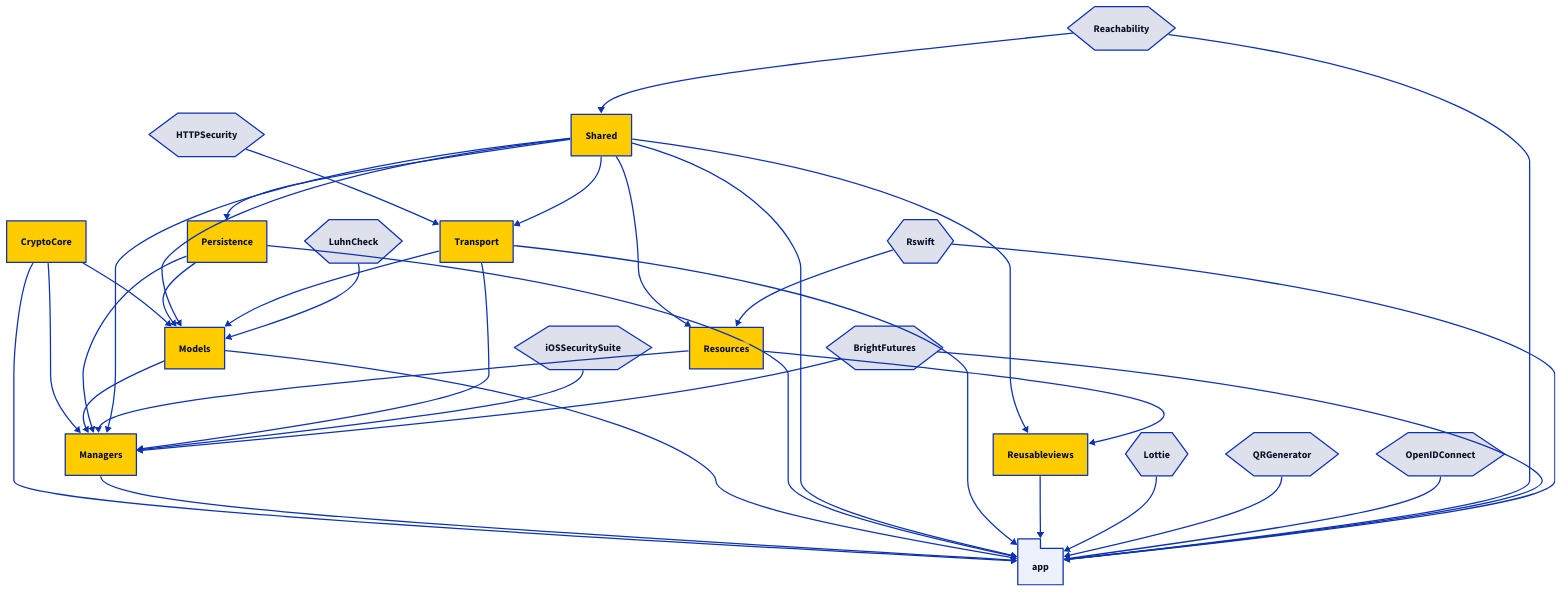
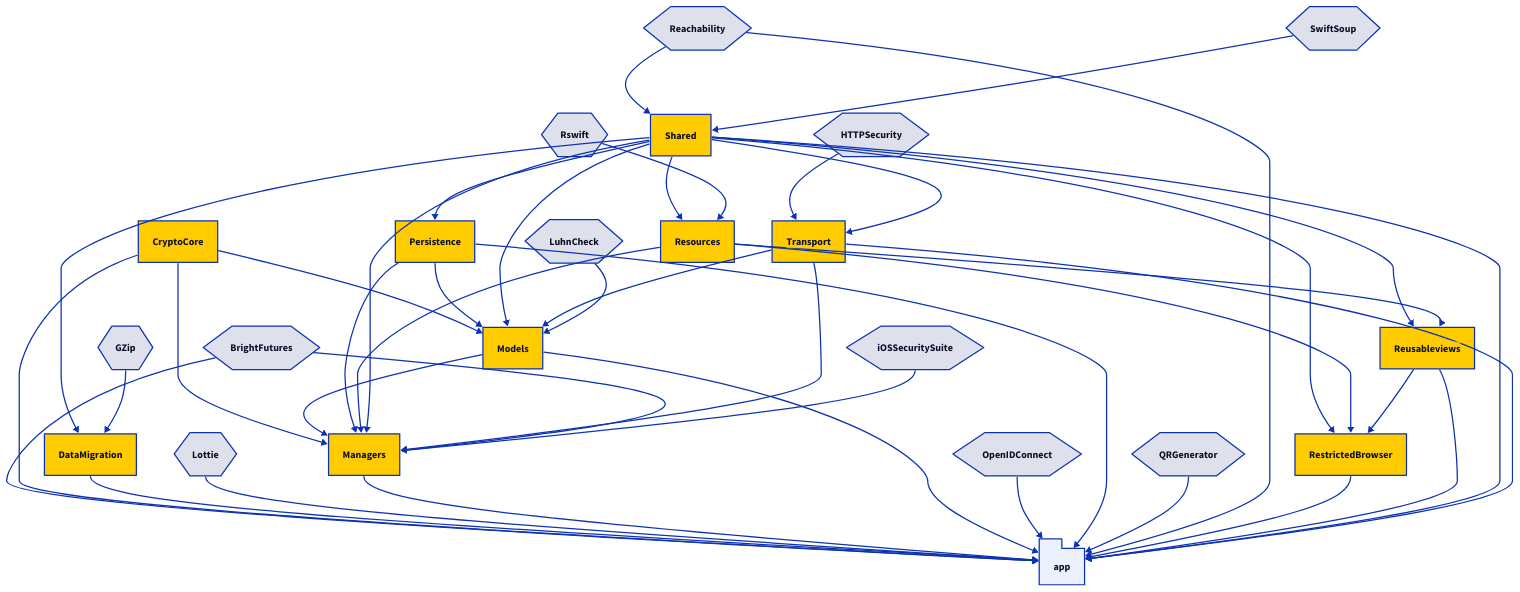
One commit to minvws/nl-covid19-coronacheck-app-ios changed the diagram in Diagrams/packages-withouttests.d2. Above: the diagram before and after it, drawn with D2. The commit also changed 2 other files, not shown here.

Commit message:
Updated Dependency Graph

```diff
--- a/Diagrams/packages-withouttests.d2
+++ b/Diagrams/packages-withouttests.d2
@@ -1,86 +1,106 @@
 direction: down
 
 # Third-Party
 Rswift: {
   shape: hexagon
 }
 Reachability: {
   shape: hexagon
 }
 BrightFutures: {
   shape: hexagon
 }
 HTTPSecurity: {
   shape: hexagon
 }
 LuhnCheck: {
   shape: hexagon
 }
 iOSSecuritySuite: {
   shape: hexagon
 }
 Lottie: {
   shape: hexagon
 }
 QRGenerator: {
   shape: hexagon
 }
 OpenIDConnect: {
   shape: hexagon
 }
+SwiftSoup: {
+  shape: hexagon
+}
+GZip: {
+  shape: hexagon
+}
+
+# The application
 
 app: {
   shape: package
 }
+
+app <- BrightFutures
 app <- CryptoCore
+app <- DataMigration
+app <- Lottie
 app <- Managers
 app <- Models
+app <- OpenIDConnect
 app <- Persistence
+app <- QRGenerator
+app <- Reachability
+app <- RestrictedBrowser
+app <- Reusableviews
 app <- Shared
 app <- Transport
-app <- Reusableviews
-app <- Lottie
-app <- QRGenerator
-app <- OpenIDConnect
-app <- Reachability
-app <- BrightFutures
-app <- Rswift
 
 # - Packages - 
 
 CryptoCore { style.fill: "#ffcc00" }
+
+DataMigration { style.fill: "#ffcc00" }
+DataMigration <- Shared
+DataMigration <- GZip
 
 Managers { style.fill: "#ffcc00" }
 Managers <- CryptoCore
 Managers <- Models
 Managers <- Persistence
 Managers <- Resources
 Managers <- Shared
 Managers <- Transport
+Managers <- BrightFutures
 Managers <- iOSSecuritySuite
-Managers <- BrightFutures
 
 Models { style.fill: "#ffcc00" }
 Models <- CryptoCore
 Models <- Persistence
 Models <- Shared
 Models <- Transport
 Models <- LuhnCheck
 
 Persistence { style.fill: "#ffcc00" }
 Persistence <- Shared
 
 Resources { style.fill: "#ffcc00" }
 Resources <- Shared
 Resources <- Rswift
 
+RestrictedBrowser { style.fill: "#ffcc00" }
+RestrictedBrowser <- Shared
+RestrictedBrowser <- Resources
+RestrictedBrowser <- ReusableViews
+
 ReusableViews { style.fill: "#ffcc00" }
 ReusableViews <- Shared
 ReusableViews <- Resources
 
 Shared { style.fill: "#ffcc00" }
 Shared <- Reachability
+Shared <- SwiftSoup
 
 Transport { style.fill: "#ffcc00" }
 Transport <- HTTPSecurity
 Transport <- Shared
```
